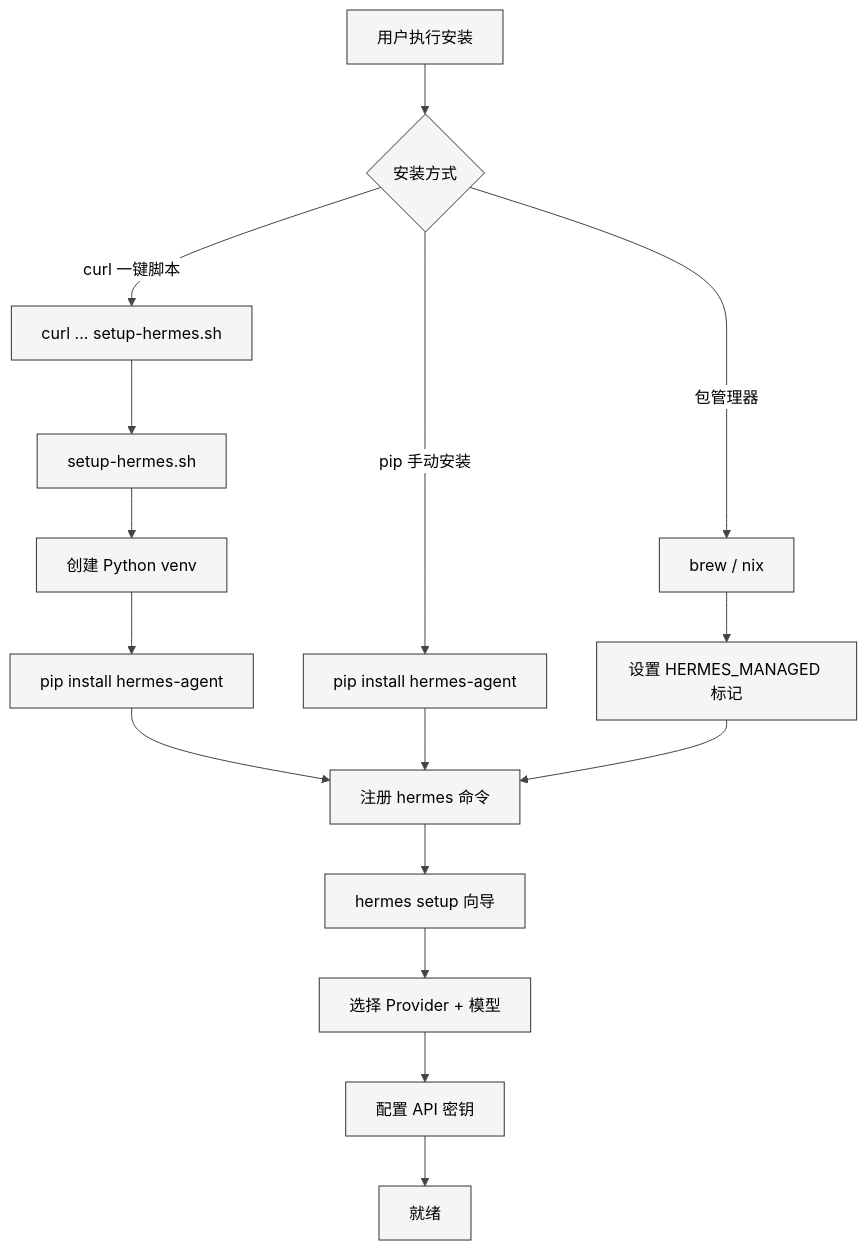
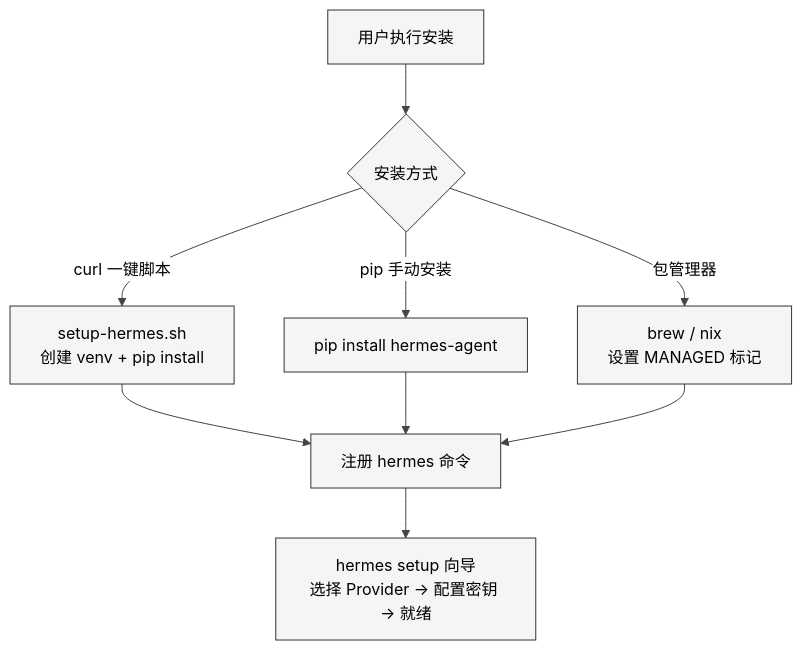
The first of 3 diagrams in Part I 原理与使用/02-启动流程与配置系统.md (xiaonancs/hermes-agent-study), drawn with Mermaid before and after one commit. The commit also changed other lines of this file and 32 other files, not shown here.

First line of the commit message:
Mermaid 图表修复：白色背景板 + 长宽比优化

````diff
--- a/Part I 原理与使用/02-启动流程与配置系统.md
+++ b/Part I 原理与使用/02-启动流程与配置系统.md
@@ -23,19 +23,12 @@
 ```mermaid
 %%{init: {'theme': 'neutral', 'themeVariables': {'background': '#ffffff', 'primaryColor': '#f5f5f5', 'primaryTextColor': '#000000', 'primaryBorderColor': '#333333', 'lineColor': '#444444', 'textColor': '#000000', 'mainBkg': '#f5f5f5', 'nodeBorder': '#333333', 'clusterBkg': '#fafafa', 'clusterBorder': '#888888', 'edgeLabelBackground': '#ffffff'}}}%%
 flowchart TD
     START["用户执行安装"] --> CHOICE{"安装方式"}
-    CHOICE -->|"curl 一键脚本"| CURL["curl ... setup-hermes.sh"]
+    CHOICE -->|"curl 一键脚本"| CURL["setup-hermes.sh<br/>创建 venv + pip install"]
     CHOICE -->|"pip 手动安装"| PIP["pip install hermes-agent"]
-    CHOICE -->|"包管理器"| PKG["brew / nix"]
-    CURL --> SCRIPT["setup-hermes.sh"]
-    SCRIPT --> VENV["创建 Python venv"]
-    VENV --> PIPINSTALL["pip install hermes-agent"]
-    PIPINSTALL --> ENTRY["注册 hermes 命令"]
+    CHOICE -->|"包管理器"| PKG["brew / nix<br/>设置 MANAGED 标记"]
+    CURL --> ENTRY["注册 hermes 命令"]
     PIP --> ENTRY
-    PKG --> MANAGED["设置 HERMES_MANAGED 标记"]
-    MANAGED --> ENTRY
-    ENTRY --> SETUP["hermes setup 向导"]
-    SETUP --> PROVIDER["选择 Provider + 模型"]
-    PROVIDER --> KEYS["配置 API 密钥"]
-    KEYS --> DONE["就绪"]
+    PKG --> ENTRY
+    ENTRY --> SETUP["hermes setup 向导<br/>选择 Provider → 配置密钥 → 就绪"]
 ```
````
